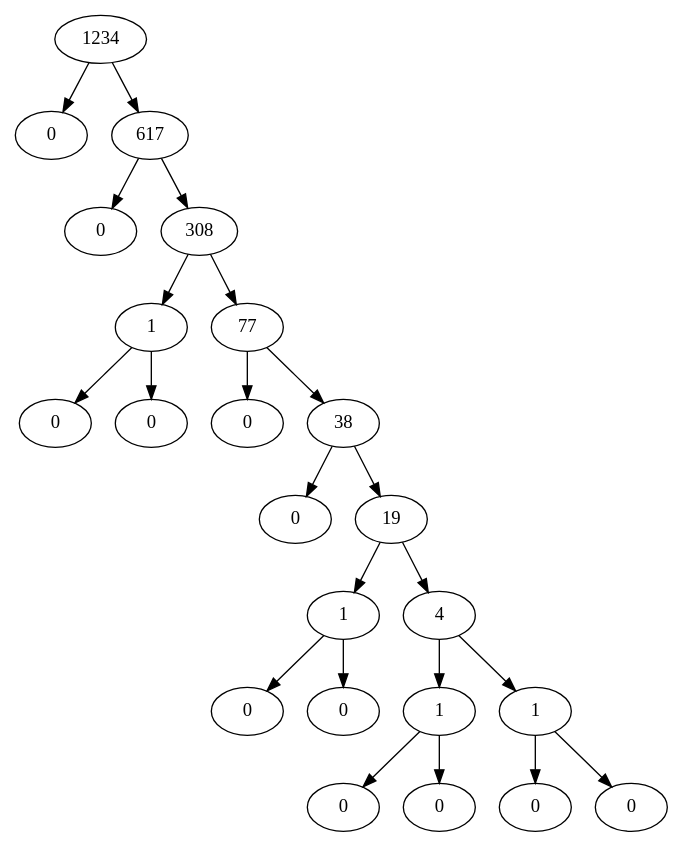
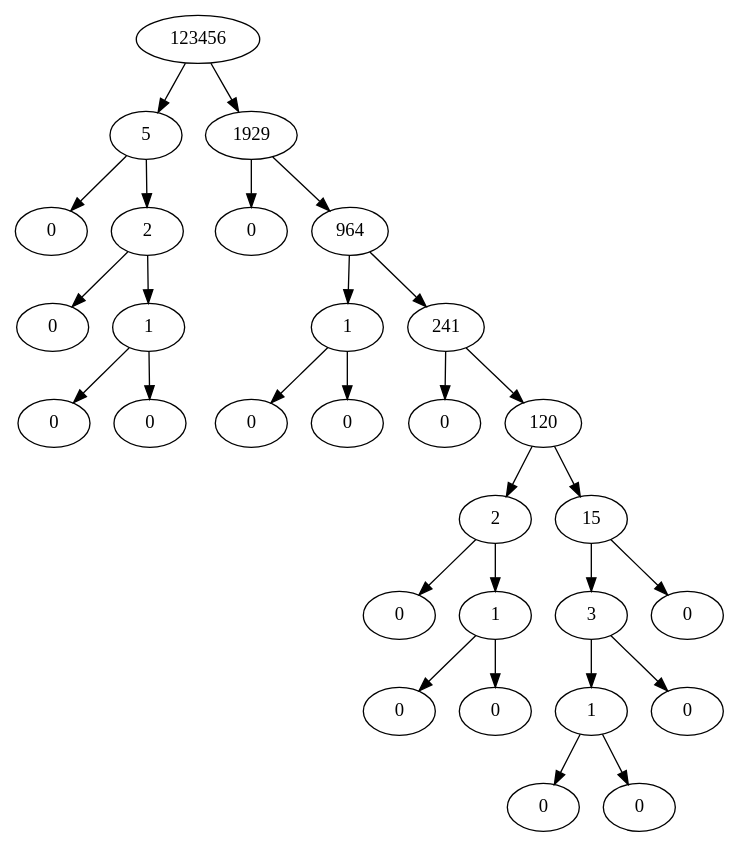
The diagram in treenums/Digraph.gv (ptarau/Tree-based-Arithmetic-Systems-in-Python), drawn with Graphviz before and after one commit. The commit also changed 3 other files, not shown here.

```diff
--- a/treenums/Digraph.gv
+++ b/treenums/Digraph.gv
@@ -1,68 +1,86 @@
 digraph {
-	0 [label=1234]
-	1 [label=0]
+	0 [label=123456]
+	1 [label=5]
 	0 -> 1
-	0 [label=1234]
-	2 [label=617]
-	0 -> 2
-	2 [label=617]
-	3 [label=0]
-	2 -> 3
-	2 [label=617]
-	4 [label=308]
-	2 -> 4
-	4 [label=308]
+	1 [label=5]
+	2 [label=0]
+	1 -> 2
+	1 [label=5]
+	3 [label=2]
+	1 -> 3
+	3 [label=2]
+	4 [label=0]
+	3 -> 4
+	3 [label=2]
 	5 [label=1]
-	4 -> 5
+	3 -> 5
 	5 [label=1]
 	6 [label=0]
 	5 -> 6
 	5 [label=1]
 	7 [label=0]
 	5 -> 7
-	4 [label=308]
-	8 [label=77]
-	4 -> 8
-	8 [label=77]
+	0 [label=123456]
+	8 [label=1929]
+	0 -> 8
+	8 [label=1929]
 	9 [label=0]
 	8 -> 9
-	8 [label=77]
-	10 [label=38]
+	8 [label=1929]
+	10 [label=964]
 	8 -> 10
-	10 [label=38]
-	11 [label=0]
+	10 [label=964]
+	11 [label=1]
 	10 -> 11
-	10 [label=38]
-	12 [label=19]
-	10 -> 12
-	12 [label=19]
-	13 [label=1]
-	12 -> 13
-	13 [label=1]
-	14 [label=0]
-	13 -> 14
-	13 [label=1]
+	11 [label=1]
+	12 [label=0]
+	11 -> 12
+	11 [label=1]
+	13 [label=0]
+	11 -> 13
+	10 [label=964]
+	14 [label=241]
+	10 -> 14
+	14 [label=241]
 	15 [label=0]
-	13 -> 15
-	12 [label=19]
-	16 [label=4]
-	12 -> 16
-	16 [label=4]
-	17 [label=1]
+	14 -> 15
+	14 [label=241]
+	16 [label=120]
+	14 -> 16
+	16 [label=120]
+	17 [label=2]
 	16 -> 17
-	17 [label=1]
+	17 [label=2]
 	18 [label=0]
 	17 -> 18
-	17 [label=1]
-	19 [label=0]
+	17 [label=2]
+	19 [label=1]
 	17 -> 19
-	16 [label=4]
-	20 [label=1]
-	16 -> 20
-	20 [label=1]
+	19 [label=1]
+	20 [label=0]
+	19 -> 20
+	19 [label=1]
 	21 [label=0]
-	20 -> 21
-	20 [label=1]
-	22 [label=0]
-	20 -> 22
+	19 -> 21
+	16 [label=120]
+	22 [label=15]
+	16 -> 22
+	22 [label=15]
+	23 [label=3]
+	22 -> 23
+	23 [label=3]
+	24 [label=1]
+	23 -> 24
+	24 [label=1]
+	25 [label=0]
+	24 -> 25
+	24 [label=1]
+	26 [label=0]
+	24 -> 26
+	23 [label=3]
+	27 [label=0]
+	23 -> 27
+	22 [label=15]
+	28 [label=0]
+	22 -> 28
 }
```
